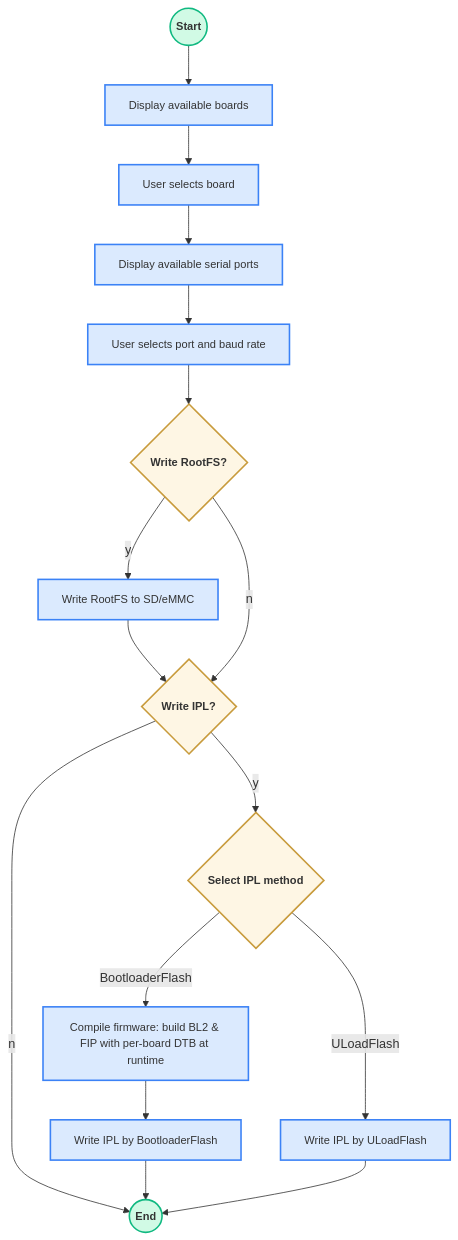
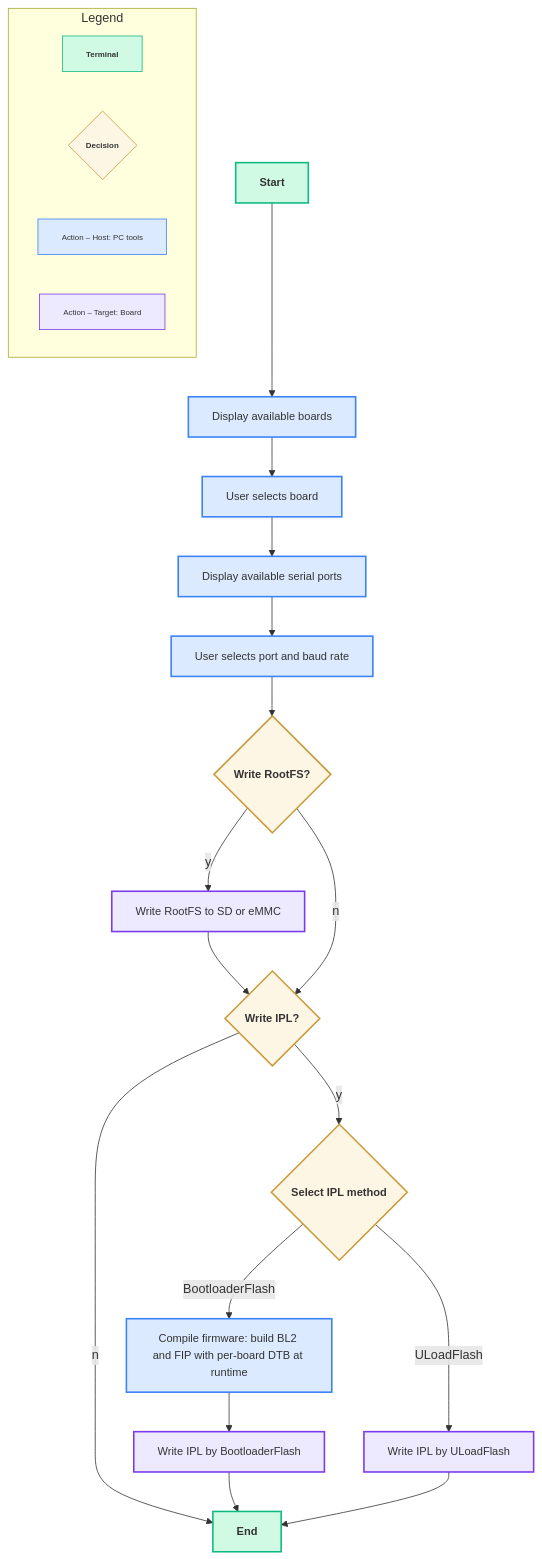
One commit to Renesas-SST/meta-renesas changed the diagram in recipes-docs/rz-cmn-readme/files/README.md. Above: the diagram before and after it, drawn with Mermaid. The commit also changed other lines of this file, not shown here.

````diff
--- a/recipes-docs/rz-cmn-readme/files/README.md
+++ b/recipes-docs/rz-cmn-readme/files/README.md
@@ -369,26 +642,44 @@
 ```mermaid
 flowchart TD
+    %% ============ Styles ============
     classDef default fill:#f0f4f8,stroke:#333,stroke-width:1px,font-size:14px
     classDef decision fill:#fef6e4,stroke:#c89b3c,stroke-width:2px,font-weight:bold
-    classDef action fill:#dbeafe,stroke:#3b82f6,stroke-width:2px
+    classDef actionHost fill:#dbeafe,stroke:#3b82f6,stroke-width:2px
+    classDef actionTarget fill:#ede9fe,stroke:#7c3aed,stroke-width:2px
     classDef terminal fill:#d1fae5,stroke:#10b981,stroke-width:2px,font-weight:bold
 
-    A((Start)):::terminal --> B[Display available boards]:::action
-    B --> C[User selects board]:::action
-    C --> D[Display available serial ports]:::action
-    D --> E[User selects port and baud rate]:::action
+    %% Smaller legend variants (no class chaining)
+    classDef terminalLegend fill:#d1fae5,stroke:#10b981,stroke-width:1px,font-size:10px,font-weight:bold
+    classDef decisionLegend fill:#fef6e4,stroke:#c89b3c,stroke-width:1px,font-size:10px,font-weight:bold
+    classDef actionHostLegend fill:#dbeafe,stroke:#3b82f6,stroke-width:1px,font-size:10px
+    classDef actionTargetLegend fill:#ede9fe,stroke:#7c3aed,stroke-width:1px,font-size:10px
+
+    %% ============ Flow ============
+    A[Start]:::terminal --> B[Display available boards]:::actionHost
+    B --> C[User selects board]:::actionHost
+    C --> D[Display available serial ports]:::actionHost
+    D --> E[User selects port and baud rate]:::actionHost
 
     E --> F{Write RootFS?}:::decision
-    F -->|y| FR[Write RootFS to SD/eMMC]:::action
+    F -->|y| FR[Write RootFS to SD or eMMC]:::actionTarget
     FR --> G{Write IPL?}:::decision
     F -->|n| G{Write IPL?}:::decision
 
     G -->|y| H{Select IPL method}:::decision
-    H -->|BootloaderFlash| M[Compile firmware: build BL2 & FIP with per-board DTB at runtime]:::action
-    M --> J[Write IPL by BootloaderFlash]:::action
-    H -->|ULoadFlash| K[Write IPL by ULoadFlash]:::action
+    H -->|BootloaderFlash| M[Compile firmware: build BL2 and FIP with per-board DTB at runtime]:::actionHost
+    M --> J[Write IPL by BootloaderFlash]:::actionTarget
+    H -->|ULoadFlash| K[Write IPL by ULoadFlash]:::actionTarget
 
-    G -->|n| L((End)):::terminal
+    G -->|n| L[End]:::terminal
     J --> L
     K --> L
+
+    %% ============ Legend ============
+    subgraph LEGEND[Legend]
+      direction LR
+      L1[Terminal]:::terminalLegend
+      L2{Decision}:::decisionLegend
+      L3[Action – Host: PC tools]:::actionHostLegend
+      L4[Action – Target: Board]:::actionTargetLegend
+    end
 ```
````
